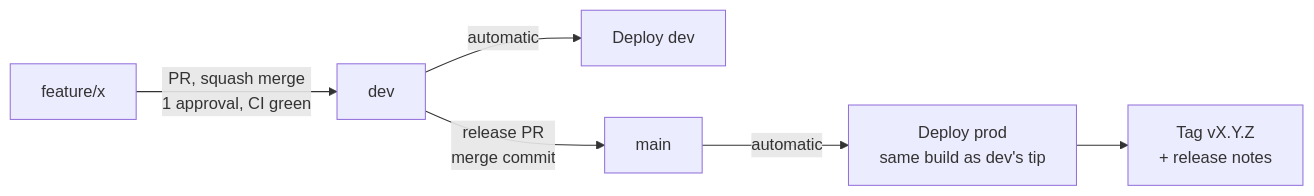
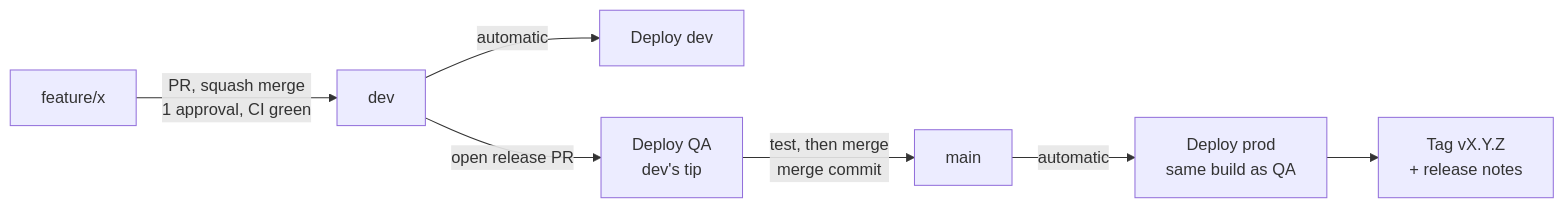
One commit to artyfartymarty/aws-cicd-pipeline changed the diagram in docs/vault/Branching and releases.md. Above: the diagram before and after it, drawn with Mermaid. The commit also changed other lines of this file and 21 other files, not shown here.

First line of the commit message:
Add a QA environment that release PRs deploy before prod

````diff
--- a/docs/vault/Branching and releases.md
+++ b/docs/vault/Branching and releases.md
@@ -8,8 +8,9 @@
 ```mermaid
 flowchart LR
   f[feature/x] -->|PR, squash merge<br/>1 approval, CI green| dev[dev]
   dev -->|automatic| dd[Deploy dev]
-  dev -->|release PR<br/>merge commit| main[main]
-  main -->|automatic| dp[Deploy prod<br/>same build as dev's tip]
+  dev -->|open release PR| qa[Deploy QA<br/>dev's tip]
+  qa -->|test, then merge<br/>merge commit| main[main]
+  main -->|automatic| dp[Deploy prod<br/>same build as QA]
   dp --> tag[Tag vX.Y.Z<br/>+ release notes]
 ```
````
